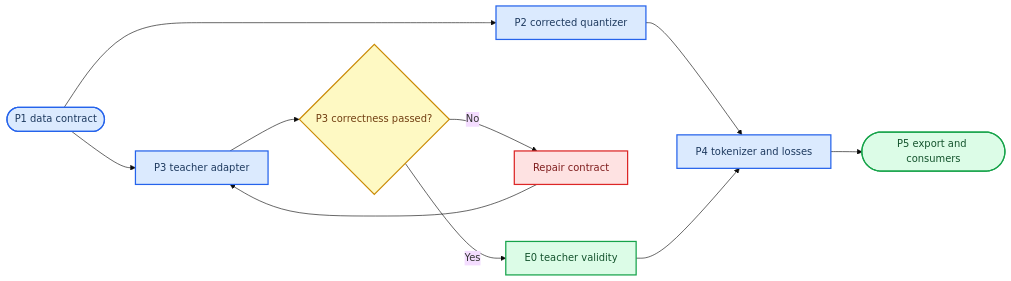
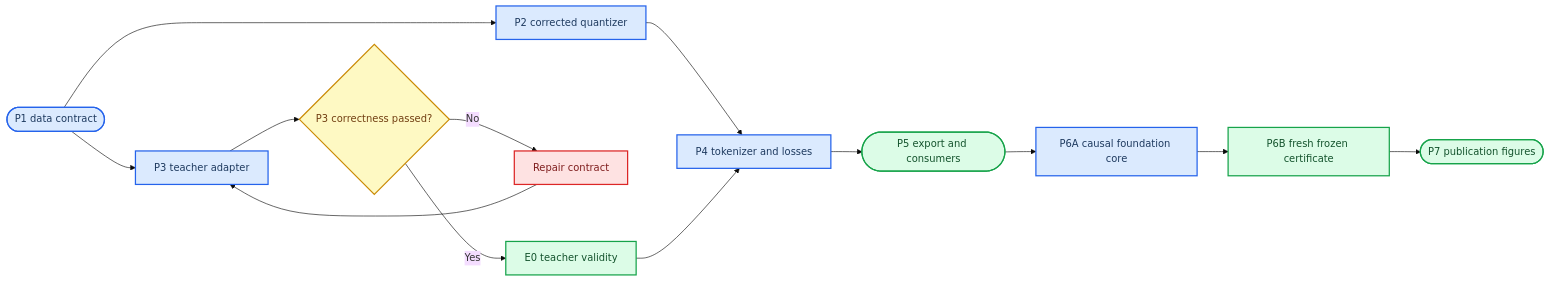
One commit to Kevin65536/PID-MCM changed the diagram in docs/physiology_semantic_tokenizer/07_CODE_MIGRATION_PLAN.md. Above: the diagram before and after it, drawn with Mermaid (base theme). The commit also changed other lines of this file and 18 other files, not shown here.

Commit message:
docs(physiology): route teacher gradients by coupling stage

````diff
--- a/docs/physiology_semantic_tokenizer/07_CODE_MIGRATION_PLAN.md
+++ b/docs/physiology_semantic_tokenizer/07_CODE_MIGRATION_PLAN.md
@@ -22,25 +22,28 @@
 ```mermaid
 flowchart LR
-    accTitle: P2 Through P5 Migration Order
-    accDescr: Code migration begins with isolated quantizer and teacher contracts, permits E0 only after teacher correctness, and then proceeds through tokenizer training and export integration.
+    accTitle: Teacher routing through coupling certificate migration order
+    accDescr: Code migration routes admitted teacher coordinates by entrance, verifies asymmetric preservation gradients, exports frozen tokens, pretrains the causal foundation core, and ends with a fresh frozen certificate.
 
     p1(["P1 data contract"]) --> p2["P2 corrected quantizer"]
     p1 --> p3["P3 teacher adapter"]
     p3 --> check{"P3 correctness passed?"}
     check -->|No| repair["Repair contract"]
     repair --> p3
     check -->|Yes| e0["E0 teacher validity"]
     p2 --> p4["P4 tokenizer and losses"]
     e0 --> p4
     p4 --> p5(["P5 export and consumers"])
+    p5 --> p6a["P6A causal foundation core"]
+    p6a --> p6b["P6B fresh frozen certificate"]
+    p6b --> p7(["P7 publication figures"])
 
     classDef foundation fill:#dbeafe,stroke:#2563eb,stroke-width:2px,color:#1e3a5f
     classDef decision fill:#fef9c3,stroke:#ca8a04,stroke-width:2px,color:#713f12
     classDef valid fill:#dcfce7,stroke:#16a34a,stroke-width:2px,color:#14532d
     classDef blocked fill:#fee2e2,stroke:#dc2626,stroke-width:2px,color:#7f1d1d
 
-    class p1,p2,p3,p4 foundation
+    class p1,p2,p3,p4,p6a foundation
     class check decision
-    class e0,p5 valid
+    class e0,p5,p6b,p7 valid
     class repair blocked
 ```
````
